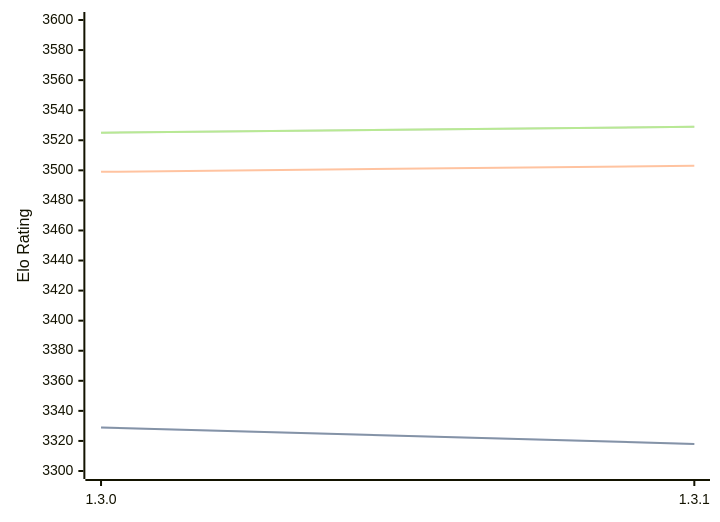
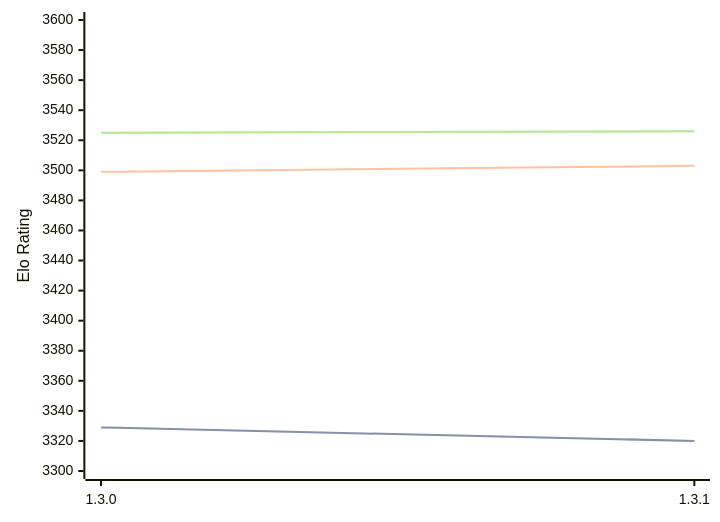
Before and after one commit to computer-chess-index/cci: the diagram in engines/Renegade.md, drawn with Mermaid. The commit also changed other lines of this file, not shown here.

Commit message:
Update CCI Ratings (ELO VLTC) - 2026-07-21

````diff
--- a/engines/Renegade.md
+++ b/engines/Renegade.md
@@ -42,11 +42,11 @@
 ```mermaid
 %%{init: {"theme":"base","themeVariables":{"seriesColors:['#a3a3a3','#222221','#faa371']}}}%%
 xychart-beta
   x-axis ["1.3.0", "1.3.1"]
   y-axis "Elo Rating" 3300 --> 3600
-  line "STC (8.0+0.08s)" [3329, 3318]
-  line "STC (8.0+0.08s)" [3329, 3318]
+  line "STC (8.0+0.08s)" [3329, 3320]
+  line "STC (8.0+0.08s)" [3329, 3320]
   line "LTC (60.0+0.60s)" [3499, 3503]
-  line "VLTC (2m24s+1.12s)" [3525, 3529]
-  line "VLTC (2m24s+1.12s)" [3525, 3529]
+  line "VLTC (2m24s+1.12s)" [3525, 3526]
+  line "VLTC (2m24s+1.12s)" [3525, 3526]
 ```
````
